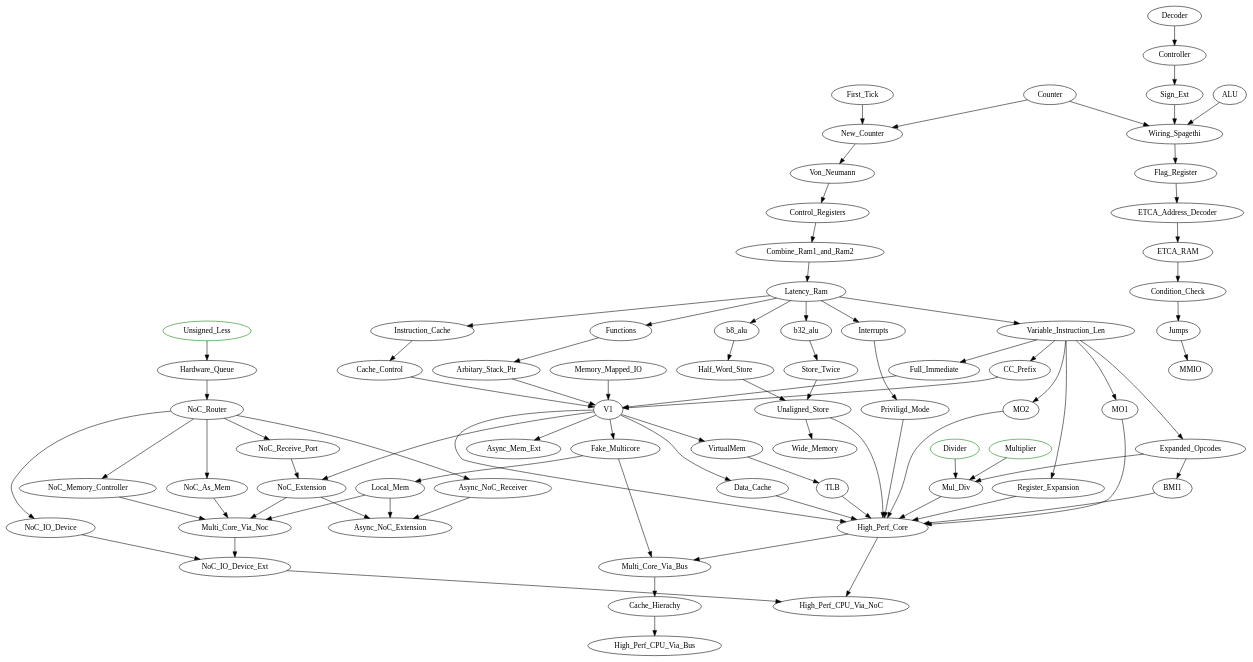
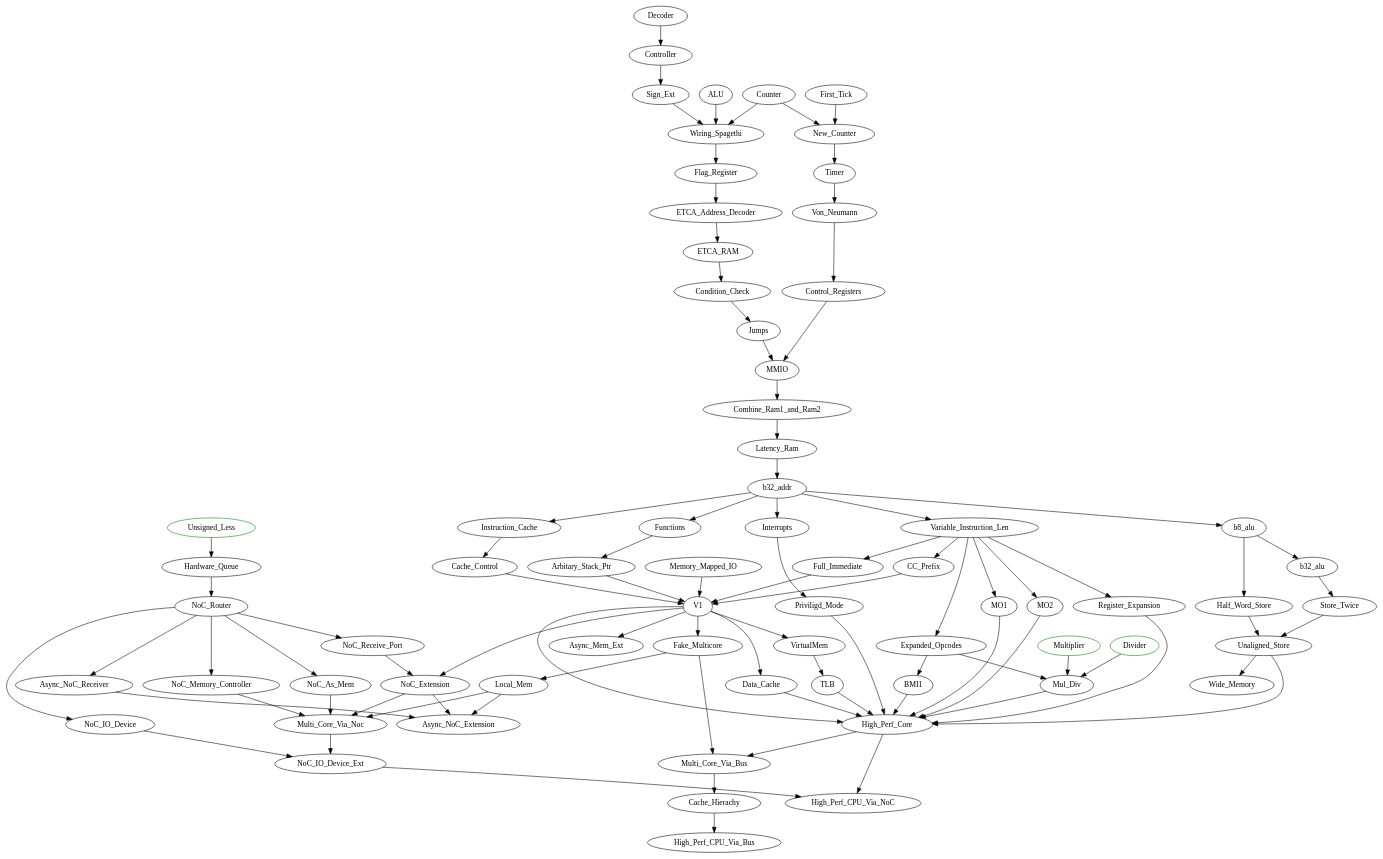
Before and after one commit to alex-s168/tc_campaign: the diagram in TODO.dot, drawn with Graphviz. The commit also changed 13 other files, not shown here.

Commit message:
new level: timer, von neumann

```diff
--- a/TODO.dot
+++ b/TODO.dot
@@ -1,56 +1,57 @@
 digraph G {
     // from the main game campaign
     Divider [color="green"]
     Multiplier [color="green"]
     Unsigned_Less [color="green"]
 
     Decoder -> Controller -> Sign_Ext
     ALU, Sign_Ext, Counter -> Wiring_Spagethi -> Flag_Register -> ETCA_Address_Decoder -> ETCA_RAM -> Condition_Check -> Jumps -> MMIO
     First_Tick, Counter -> New_Counter
-    New_Counter -> Von_Neumann -> Control_Registers -> Combine_Ram1_and_Ram2 -> Latency_Ram
+    New_Counter -> Timer -> Von_Neumann -> Control_Registers -> MMIO -> Combine_Ram1_and_Ram2 -> Latency_Ram -> b32_addr
 
-    Latency_Ram -> Interrupts, Variable_Instruction_Len, Functions, b8_alu, b32_alu, Instruction_Cache
+    b32_addr -> Interrupts, Variable_Instruction_Len, Functions, b8_alu, Instruction_Cache
+    b8_alu -> b32_alu
 
     Variable_Instruction_Len -> MO1, MO2, Register_Expansion
 
     Functions -> Arbitary_Stack_Ptr
 
     b8_alu -> Half_Word_Store
     b32_alu -> Store_Twice
 
     Half_Word_Store, Store_Twice -> Unaligned_Store
 
     Variable_Instruction_Len -> Full_Immediate, CC_Prefix, Expanded_Opcodes
     
     Multiplier, Expanded_Opcodes, Divider -> Mul_Div
 
     Expanded_Opcodes -> BMI1
 
     Interrupts -> Priviligd_Mode
 
     Instruction_Cache -> Cache_Control
     Full_Immediate, CC_Prefix, Memory_Mapped_IO, Arbitary_Stack_Ptr, Cache_Control -> V1
     V1 -> Data_Cache -> High_Perf_Core
     V1 -> VirtualMem -> TLB -> High_Perf_Core
     Priviligd_Mode, MO1, MO2, Register_Expansion, V1, BMI1, Mul_Div, Unaligned_Store -> High_Perf_Core
 
     Unaligned_Store -> Wide_Memory
 
     V1 -> Async_Mem_Ext
 
     Unsigned_Less -> Hardware_Queue -> NoC_Router -> NoC_Receive_Port, Async_NoC_Receiver, NoC_Memory_Controller
     NoC_Receive_Port, V1 -> NoC_Extension
     V1 -> Fake_Multicore -> Local_Mem
     NoC_Extension, Async_NoC_Receiver, Local_Mem -> Async_NoC_Extension
 
     NoC_Router -> NoC_As_Mem
     NoC_Extension, Local_Mem, NoC_As_Mem, NoC_Memory_Controller -> Multi_Core_Via_Noc
     
     NoC_Router -> NoC_IO_Device
     Multi_Core_Via_Noc, NoC_IO_Device -> NoC_IO_Device_Ext
 
     NoC_IO_Device_Ext, High_Perf_Core -> High_Perf_CPU_Via_NoC
 
     High_Perf_Core -> Multi_Core_Via_Bus -> Cache_Hierachy -> High_Perf_CPU_Via_Bus
     Fake_Multicore -> Multi_Core_Via_Bus
 }
```
